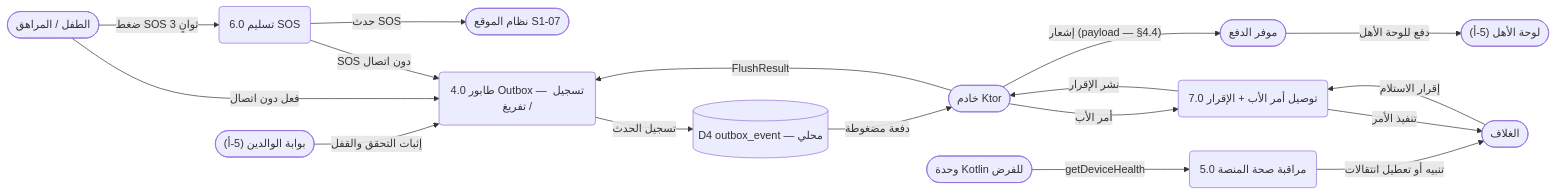
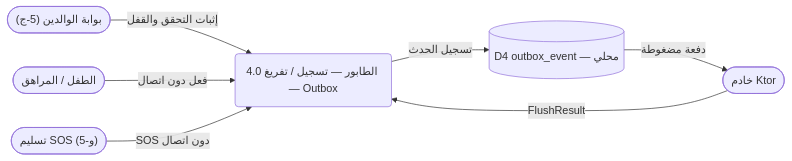
One commit to Bassam-mohammed-alqaeadi/family-os-v2 changed diagram 19 of 26 in docs/family-os/governance/phases/phase-1/S1-01-app-shell-and-platform/DIAGRAMS.md. Above: the diagram before and after it, drawn with Mermaid. The commit also changed other lines of this file, not shown here.

````diff
--- a/docs/family-os/governance/phases/phase-1/S1-01-app-shell-and-platform/DIAGRAMS.md
+++ b/docs/family-os/governance/phases/phase-1/S1-01-app-shell-and-platform/DIAGRAMS.md
@@ -610,33 +653,16 @@
 ```mermaid
 flowchart LR
+    P3x(["بوابة الوالدين (5-ج)"])
     Child([الطفل / المراهق])
-    S107([نظام الموقع S1-07])
-    Kotlin([وحدة Kotlin للفرض])
-    Push(["موفر الدفع"])
-    Shell([الغلاف])
-    P4(4.0 طابور Outbox — تسجيل / تفريغ)
-    P5(5.0 مراقبة صحة المنصة)
-    P6(6.0 تسليم SOS)
-    P7(7.0 توصيل أمر الأب + الإقرار)
+    P4(4.0 الطابور — تسجيل / تفريغ — Outbox)
     D4[(D4 outbox_event — محلي)]
     Ktor([خادم Ktor])
-    P3x(["بوابة الوالدين (5-أ)"])
-    P2x(["لوحة الأهل (5-أ)"])
+    P6x(["تسليم SOS (5-و)"])
 
     P3x -->|إثبات التحقق والقفل| P4
     Child -->|فعل دون اتصال| P4
     P4 -->|تسجيل الحدث| D4
     D4 -->|دفعة مضغوطة| Ktor
     Ktor -->|FlushResult| P4
-    Kotlin -->|getDeviceHealth| P5
-    P5 -->|"تنبيه أو تعطيل انتقالات"| Shell
-    Child -->|ضغط SOS 3 ثوانٍ| P6
-    P6 -->|حدث SOS| S107
-    P6 -->|"SOS دون اتصال"| P4
-    Ktor -->|"أمر الأب"| P7
-    Ktor -->|"إشعار (payload — §4.4)"| Push
-    Push -->|"دفع للوحة الأهل"| P2x
-    P7 -->|تنفيذ الأمر| Shell
-    Shell -->|"إقرار الاستلام"| P7
-    P7 -->|"نشر الإقرار"| Ktor
+    P6x -->|"SOS دون اتصال"| P4
 ```
````
